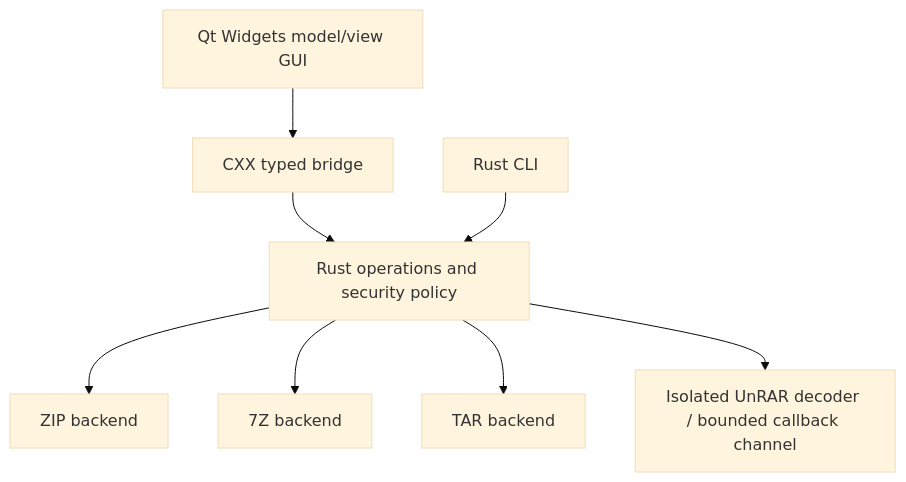
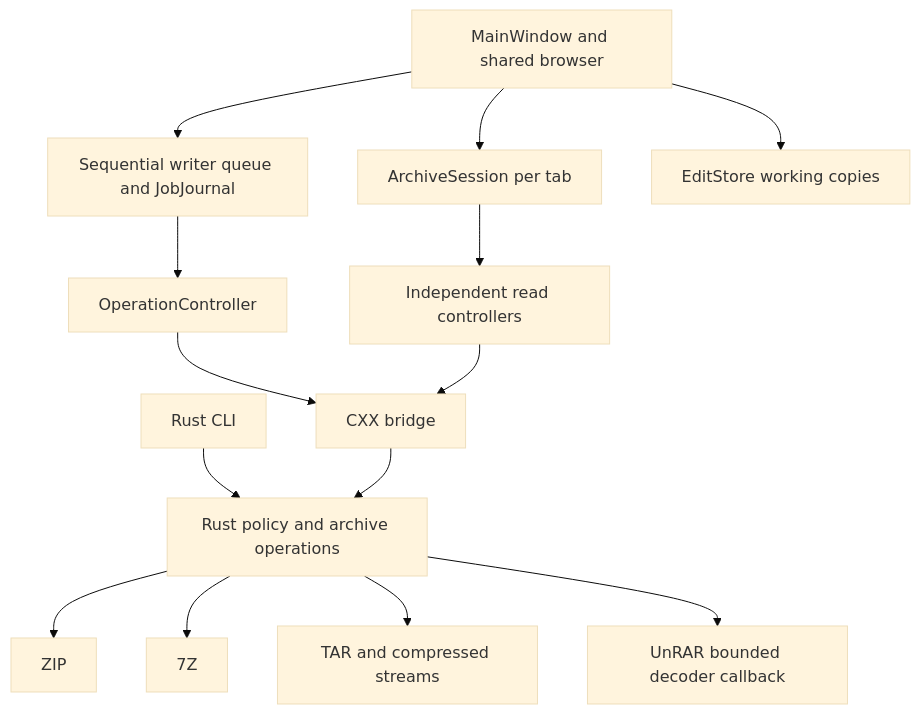
Before and after one commit to Maks0101aps/VYNX-ARC: the diagram in docs/ARCHITECTURE.md, drawn with Mermaid (base theme). The commit also changed other lines of this file and 33 other files, not shown here.

````diff
--- a/docs/ARCHITECTURE.md
+++ b/docs/ARCHITECTURE.md
@@ -7,10 +7,16 @@
 ```mermaid
 flowchart TD
-  GUI[Qt Widgets model/view GUI] --> Bridge[CXX typed bridge]
-  Bridge --> Core[Rust operations and security policy]
-  CLI[Rust CLI] --> Core
-  Core --> ZIP[ZIP backend]
-  Core --> SevenZ[7Z backend]
-  Core --> TAR[TAR backend]
-  Core --> RAR[Isolated UnRAR decoder / bounded callback channel]
+  Window[MainWindow and shared browser] --> Sessions[ArchiveSession per tab]
+  Window --> Queue[Sequential writer queue and JobJournal]
+  Window --> Edits[EditStore working copies]
+  Sessions --> Readers[Independent read controllers]
+  Queue --> Worker[OperationController]
+  Worker --> Bridge[CXX bridge]
+  Readers --> Bridge
+  CLI[Rust CLI] --> Core[Rust policy and archive operations]
+  Bridge --> Core
+  Core --> ZIP[ZIP]
+  Core --> SevenZ[7Z]
+  Core --> Streams[TAR and compressed streams]
+  Core --> RAR[UnRAR bounded decoder callback]
 ```
````
